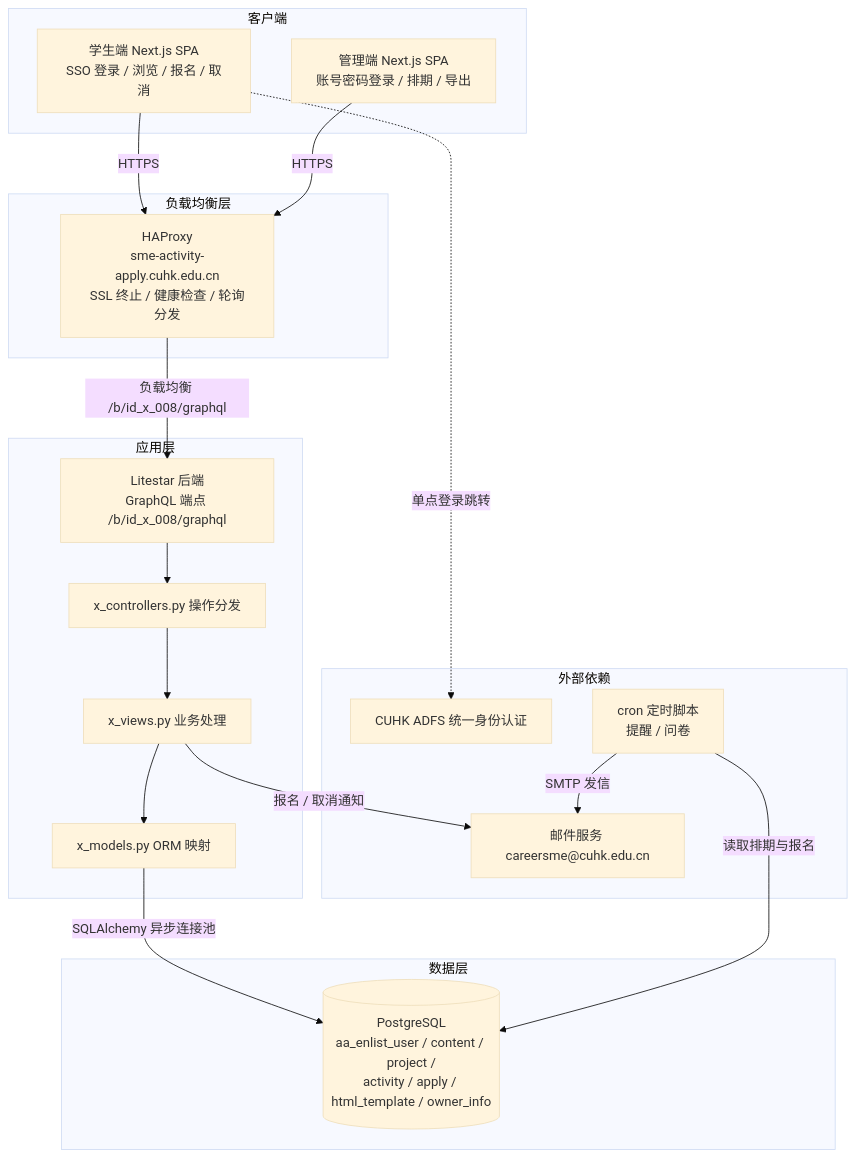
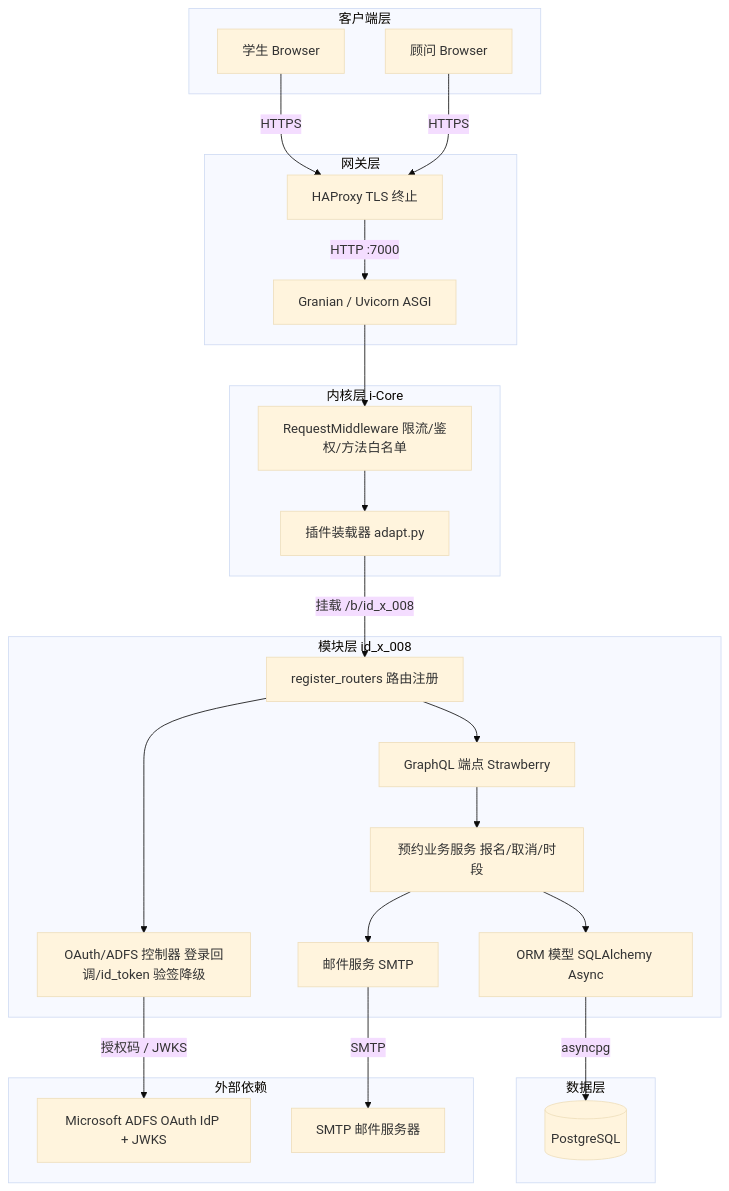
One commit to i-TorchLabs/id_x_008 changed the first of 2 diagrams in README.md. Above: the diagram before and after it, drawn with Mermaid (base theme). The commit also changed other lines of this file and 18 other files, not shown here.

````diff
--- a/README.md
+++ b/README.md
@@ -62,38 +60,50 @@
 ```mermaid
 graph TD
-    subgraph 客户端
-        STU[学生端 Next.js SPA<br/>SSO 登录 / 浏览 / 报名 / 取消]
-        ADM[管理端 Next.js SPA<br/>账号密码登录 / 排期 / 导出]
+    subgraph 客户端层
+        STU[学生 Browser]
+        ADV[顾问 Browser]
     end
 
-    subgraph 负载均衡层
-        HAP[HAProxy<br/>sme-activity-apply.cuhk.edu.cn<br/>SSL 终止 / 健康检查 / 轮询分发]
+    subgraph 网关层
+        HP[HAProxy TLS 终止]
+        GW[Granian / Uvicorn ASGI]
     end
 
-    subgraph 应用层
-        API[Litestar 后端<br/>GraphQL 端点 /b/id_x_008/graphql]
-        CTRL[x_controllers.py 操作分发]
-        VIEW[x_views.py 业务处理]
-        MODEL[x_models.py ORM 映射]
+    subgraph 内核层 i-Core
+        MW[RequestMiddleware 限流/鉴权/方法白名单]
+        ADAPT[插件装载器 adapt.py]
+    end
+
+    subgraph 模块层 id_x_008
+        ROUTER[register_routers 路由注册]
+        AUTH[OAuth/ADFS 控制器 登录回调/id_token 验签降级]
+        GQL[GraphQL 端点 Strawberry]
+        SVC[预约业务服务 报名/取消/时段]
+        MAIL[邮件服务 SMTP]
+        ORM[ORM 模型 SQLAlchemy Async]
     end
 
     subgraph 数据层
-        PG[(PostgreSQL<br/>aa_enlist_user / content / project /<br/>activity / apply / html_template / owner_info)]
+        PG[(PostgreSQL)]
     end
 
     subgraph 外部依赖
-        SSO[CUHK ADFS 统一身份认证]
-        SMTP[邮件服务 careersme@cuhk.edu.cn]
-        CRON[cron 定时脚本<br/>提醒 / 问卷]
+        ADFS[Microsoft ADFS OAuth IdP + JWKS]
+        SMTP[SMTP 邮件服务器]
     end
 
-    STU -->|HTTPS| HAP
-    ADM -->|HTTPS| HAP
-    HAP -->|负载均衡 /b/id_x_008/graphql| API
-    STU -.->|单点登录跳转| SSO
-    API --> CTRL --> VIEW --> MODEL
-    MODEL -->|SQLAlchemy 异步连接池| PG
-    CRON -->|读取排期与报名| PG
-    CRON -->|SMTP 发信| SMTP
-    VIEW -->|报名 / 取消通知| SMTP
+    STU -->|HTTPS| HP
+    ADV -->|HTTPS| HP
+    HP -->|HTTP :7000| GW
+    GW --> MW
+    MW --> ADAPT
+    ADAPT -->|挂载 /b/id_x_008| ROUTER
+    ROUTER --> AUTH
+    ROUTER --> GQL
+    AUTH -->|授权码 / JWKS| ADFS
+    GQL --> SVC
+    SVC --> ORM
+    SVC --> MAIL
+    ORM -->|asyncpg| PG
+    MAIL -->|SMTP| SMTP
 ```
````
